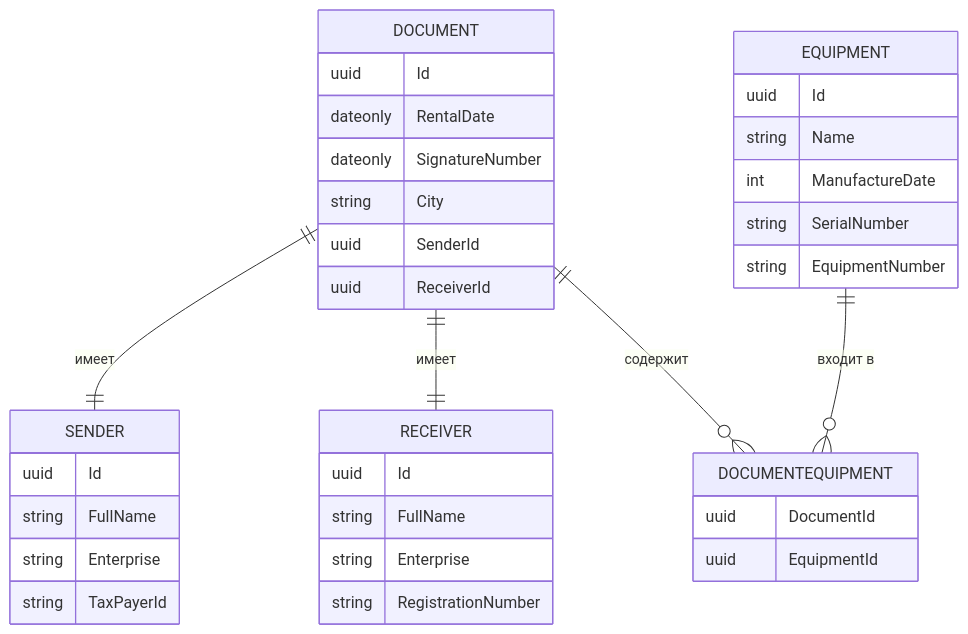
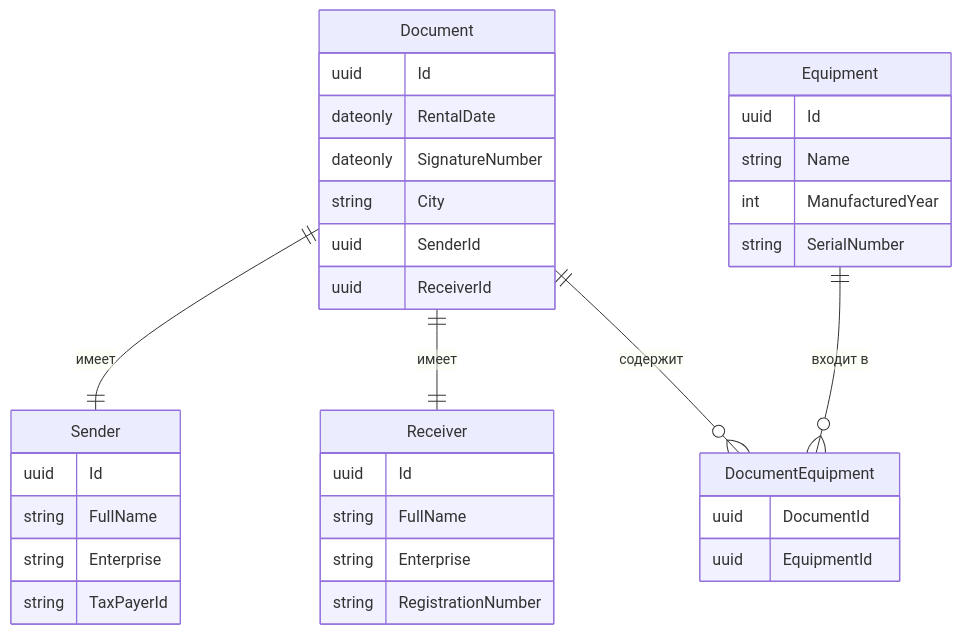
The diagram in README.md (vaymanbanger/EquipHandover), drawn with Mermaid before and after one commit. The commit also changed other lines of this file, not shown here.

````diff
--- a/README.md
+++ b/README.md
@@ -4,43 +4,41 @@
 ```mermaid
 erDiagram
-    DOCUMENT {
+    Document ||--|| Sender : "имеет"
+    Document ||--|| Receiver : "имеет"
+    Document ||--o{ DocumentEquipment : "содержит"
+    Document {
         uuid Id
         dateonly RentalDate
         dateonly SignatureNumber
         string City
         uuid SenderId
         uuid ReceiverId
     }
     
-    SENDER {
+    Sender {
         uuid Id
         string FullName
         string Enterprise
         string TaxPayerId
     }
     
-    RECEIVER {
+    Receiver {
         uuid Id
         string FullName
         string Enterprise
         string RegistrationNumber
     }
     
-    EQUIPMENT {
+    Equipment ||--o{ DocumentEquipment : "входит в"
+    Equipment {
         uuid Id
         string Name
-        int ManufactureDate
+        int ManufacturedYear
         string SerialNumber
-        string EquipmentNumber
     }
     
-    DOCUMENTEQUIPMENT {
+    DocumentEquipment {
         uuid DocumentId
         uuid EquipmentId
     }
-    
-    DOCUMENT ||--|| SENDER : "имеет"
-    DOCUMENT ||--|| RECEIVER : "имеет"
-    DOCUMENT ||--o{ DOCUMENTEQUIPMENT : "содержит"
-    EQUIPMENT ||--o{ DOCUMENTEQUIPMENT : "входит в"
 ```
````
